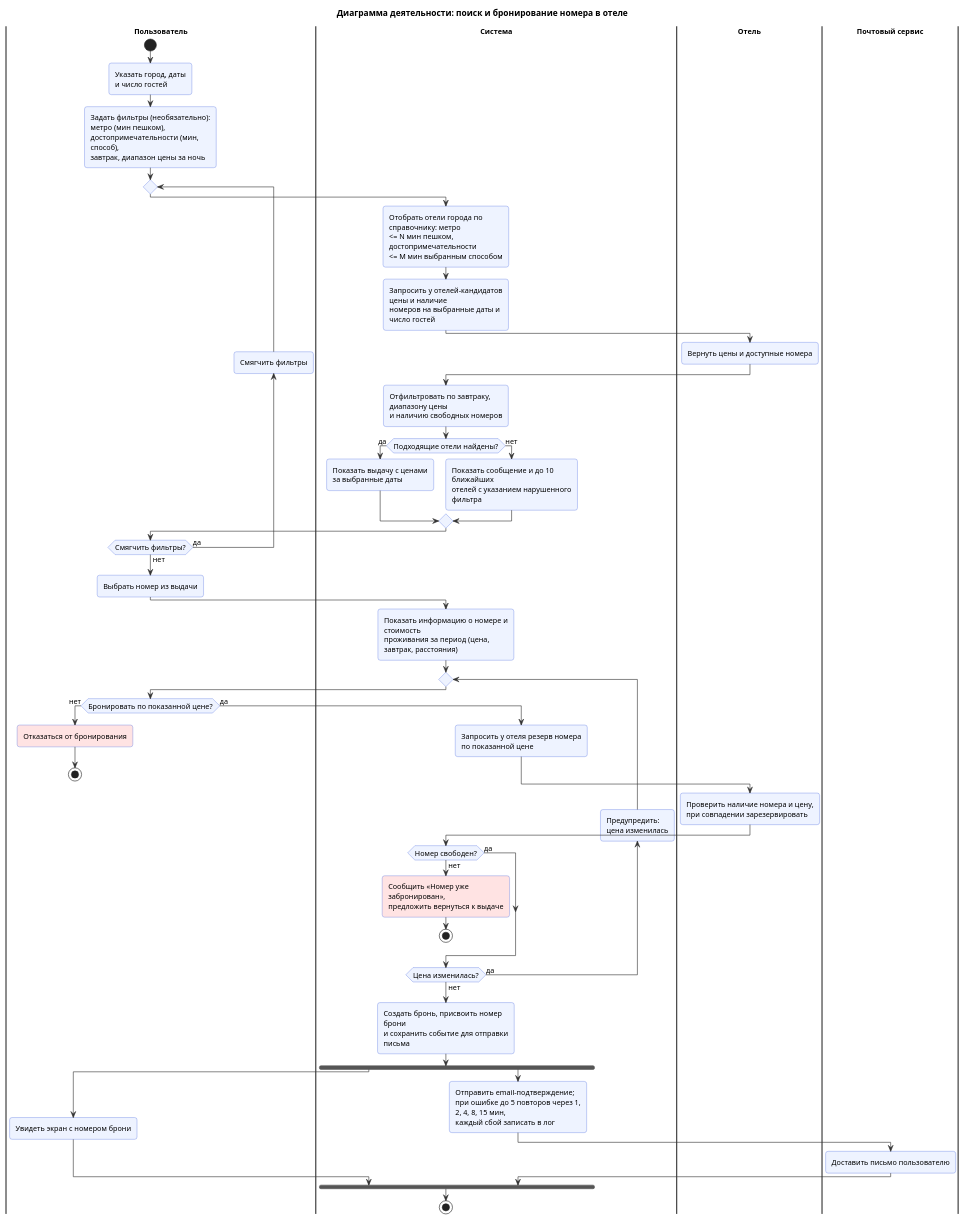
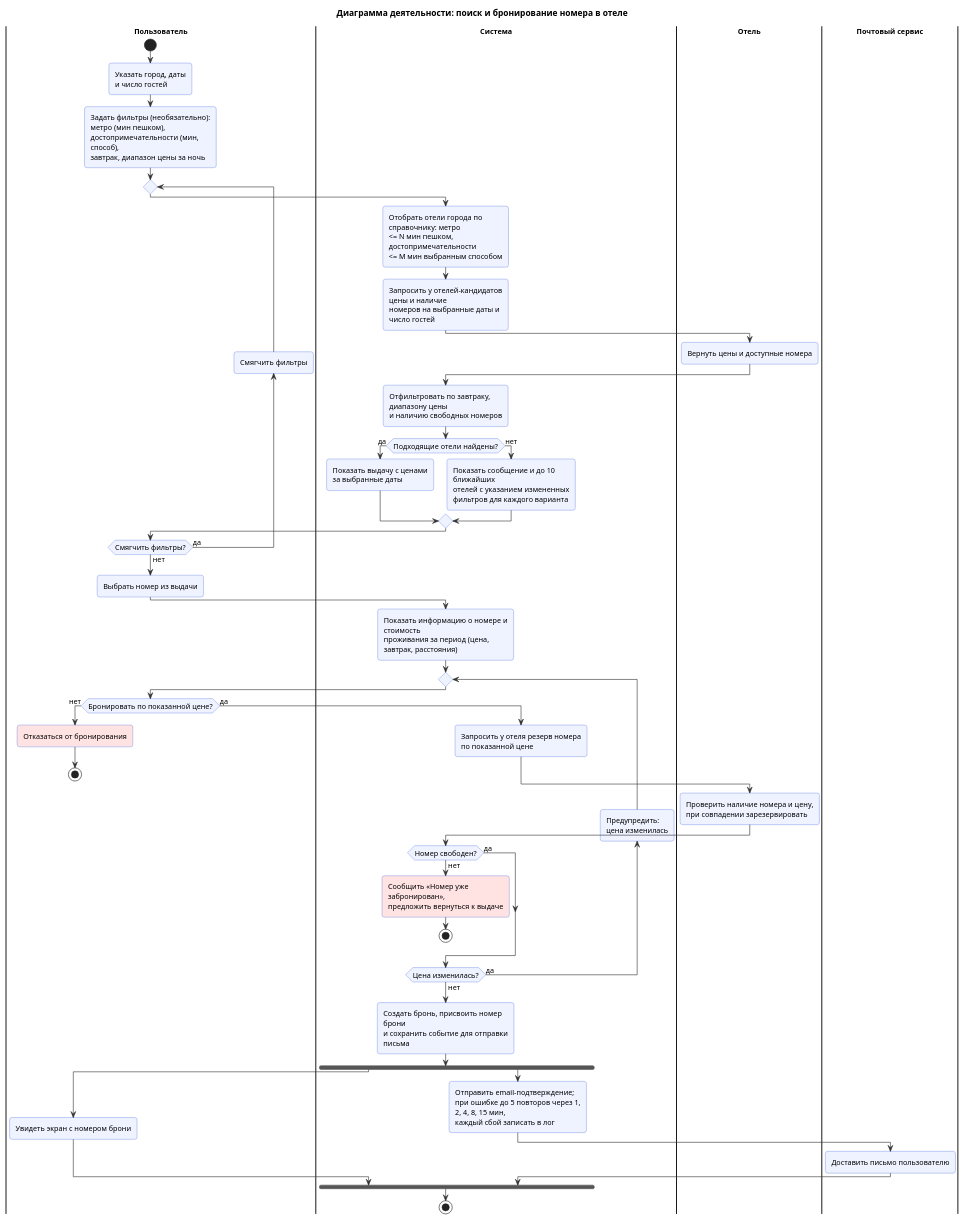
The diagram in hw2/1_2_activity.puml (Remsely/cu-system-analysis), drawn with PlantUML before and after one commit. The commit also changed 1 other file, not shown here.

```diff
--- a/hw2/1_2_activity.puml
+++ b/hw2/1_2_activity.puml
@@ -1,75 +1,77 @@
 @startuml
+
 skinparam shadowing false
 skinparam defaultFontSize 12
 skinparam backgroundColor white
 skinparam roundCorner 8
 skinparam ArrowColor #333333
 skinparam wrapWidth 220
 skinparam activity {
   BackgroundColor #EEF3FF
   BorderColor #3B5BDB
 }
 skinparam swimlaneTitleFontStyle bold
 
 title Диаграмма деятельности: поиск и бронирование номера в отеле
 
 |Пользователь|
 start
 :Указать город, даты\nи число гостей;
 
 :Задать фильтры (необязательно): метро (мин пешком),\nдостопримечательности (мин, способ),\nзавтрак, диапазон цены за ночь;
 repeat
   |Система|
   :Отобрать отели города по справочнику: метро\n<= N мин пешком, достопримечательности\n<= M мин выбранным способом;
   :Запросить у отелей-кандидатов цены и наличие\nномеров на выбранные даты и число гостей;
   |Отель|
   :Вернуть цены и доступные номера;
   |Система|
   :Отфильтровать по завтраку, диапазону цены\nи наличию свободных номеров;
   if (Подходящие отели найдены?) then (да)
     :Показать выдачу с ценами\nза выбранные даты;
   else (нет)
-    :Показать сообщение и до 10 ближайших\nотелей с указанием нарушенного фильтра;
+    :Показать сообщение и до 10 ближайших\nотелей с указанием измененных фильтров для каждого варианта;
   endif
   |Пользователь|
 backward :Смягчить фильтры;
 repeat while (Смягчить фильтры?) is (да) not (нет)
 
 |Пользователь|
 :Выбрать номер из выдачи;
 |Система|
 :Показать информацию о номере и стоимость\nпроживания за период (цена, завтрак, расстояния);
 repeat
   |Пользователь|
   if (Бронировать по показанной цене?) then (нет)
     #FFE3E3:Отказаться от бронирования;
     stop
   else (да)
     |Система|
     :Запросить у отеля резерв номера\nпо показанной цене;
   endif
   |Отель|
   :Проверить наличие номера и цену,\nпри совпадении зарезервировать;
   |Система|
   if (Номер свободен?) then (нет)
     #FFE3E3:Сообщить «Номер уже забронирован»,\nпредложить вернуться к выдаче;
     stop
   else (да)
   endif
 |Система|
 backward :Предупредить:\nцена изменилась;
 repeat while (Цена изменилась?) is (да) not (нет)
 
 :Создать бронь, присвоить номер брони\nи сохранить событие для отправки письма;
 fork
   |Пользователь|
   :Увидеть экран с номером брони;
 fork again
   |Система|
   :Отправить email-подтверждение;\nпри ошибке до 5 повторов через 1, 2, 4, 8, 15 мин,\nкаждый сбой записать в лог;
   |Почтовый сервис|
   :Доставить письмо пользователю;
   |Система|
 end fork
 stop
+
 @enduml
```
